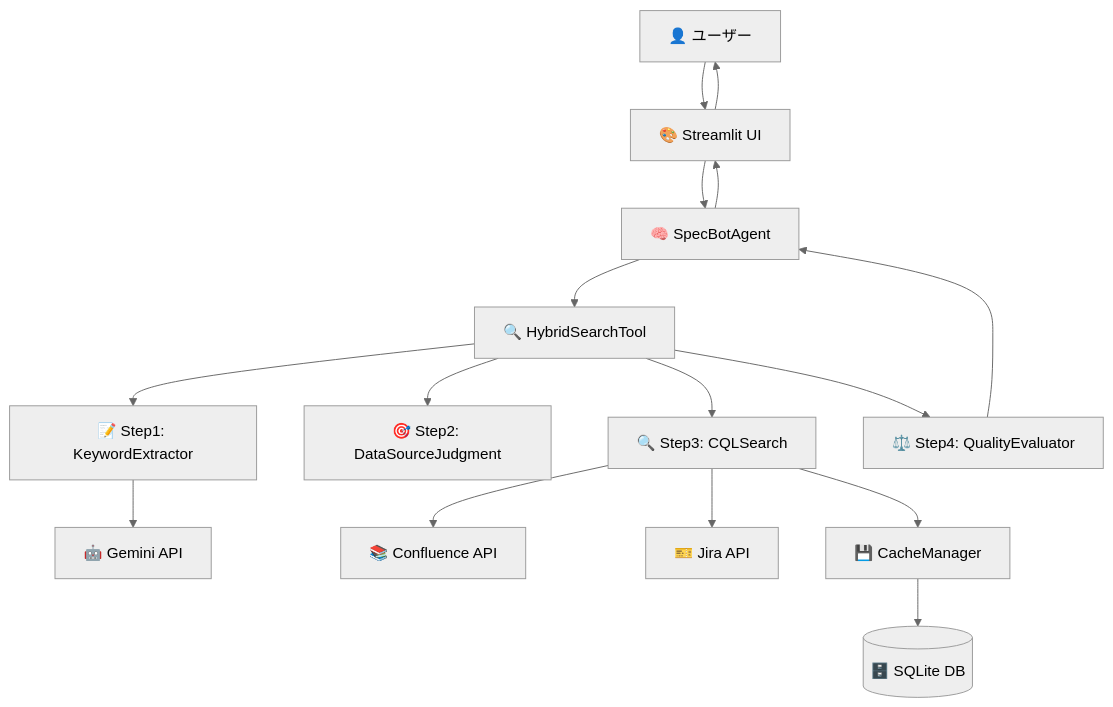
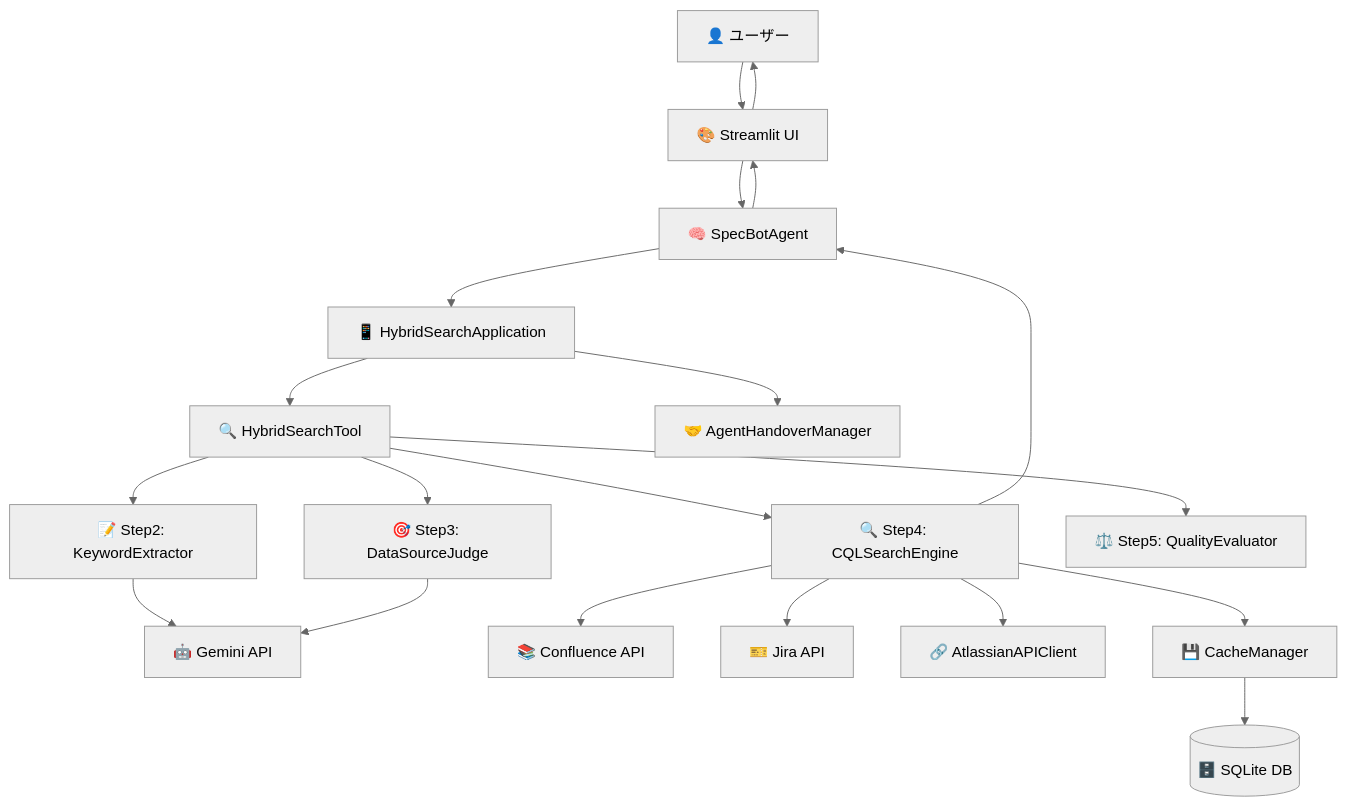
One commit to gucchon001/attratian_chatbot changed the first of 2 diagrams in docs/SPEC-DS-007 API設計書.md. Above: the diagram before and after it, drawn with Mermaid (neutral theme). The commit also changed other lines of this file and 9 other files, not shown here.

````diff
--- a/docs/SPEC-DS-007 API設計書.md
+++ b/docs/SPEC-DS-007 API設計書.md
@@ -485,22 +826,26 @@
 ```mermaid
 flowchart TD
     User[👤 ユーザー] --> StreamlitUI[🎨 Streamlit UI]
     StreamlitUI --> Agent[🧠 SpecBotAgent]
     
-    Agent --> Tool[🔍 HybridSearchTool]
-    Tool --> Step1[📝 Step1: KeywordExtractor]
-    Tool --> Step2[🎯 Step2: DataSourceJudgment]
-    Tool --> Step3[🔍 Step3: CQLSearch]
-    Tool --> Step4[⚖️ Step4: QualityEvaluator]
+    Agent --> App[📱 HybridSearchApplication]
+    App --> Tool[🔍 HybridSearchTool]
+    Tool --> Step2[📝 Step2: KeywordExtractor]
+    Tool --> Step3[🎯 Step3: DataSourceJudge]
+    Tool --> Step4[🔍 Step4: CQLSearchEngine]
+    Tool --> Step5[⚖️ Step5: QualityEvaluator]
+    App --> HandoverMgr[🤝 AgentHandoverManager]
     
-    Step1 --> GeminiAPI[🤖 Gemini API]
-    Step3 --> ConfluenceAPI[📚 Confluence API]
-    Step3 --> JiraAPI[🎫 Jira API]
+    Step2 --> GeminiAPI[🤖 Gemini API]
+    Step3 --> GeminiAPI
+    Step4 --> ConfluenceAPI[📚 Confluence API]
+    Step4 --> JiraAPI[🎫 Jira API]
+    Step4 --> AtlassianAPI[🔗 AtlassianAPIClient]
     
-    Step3 --> Cache[💾 CacheManager]
+    Step4 --> Cache[💾 CacheManager]
     Cache --> SQLite[(🗄️ SQLite DB)]
     
     Step4 --> Agent
     Agent --> StreamlitUI
     StreamlitUI --> User
 ```
````
